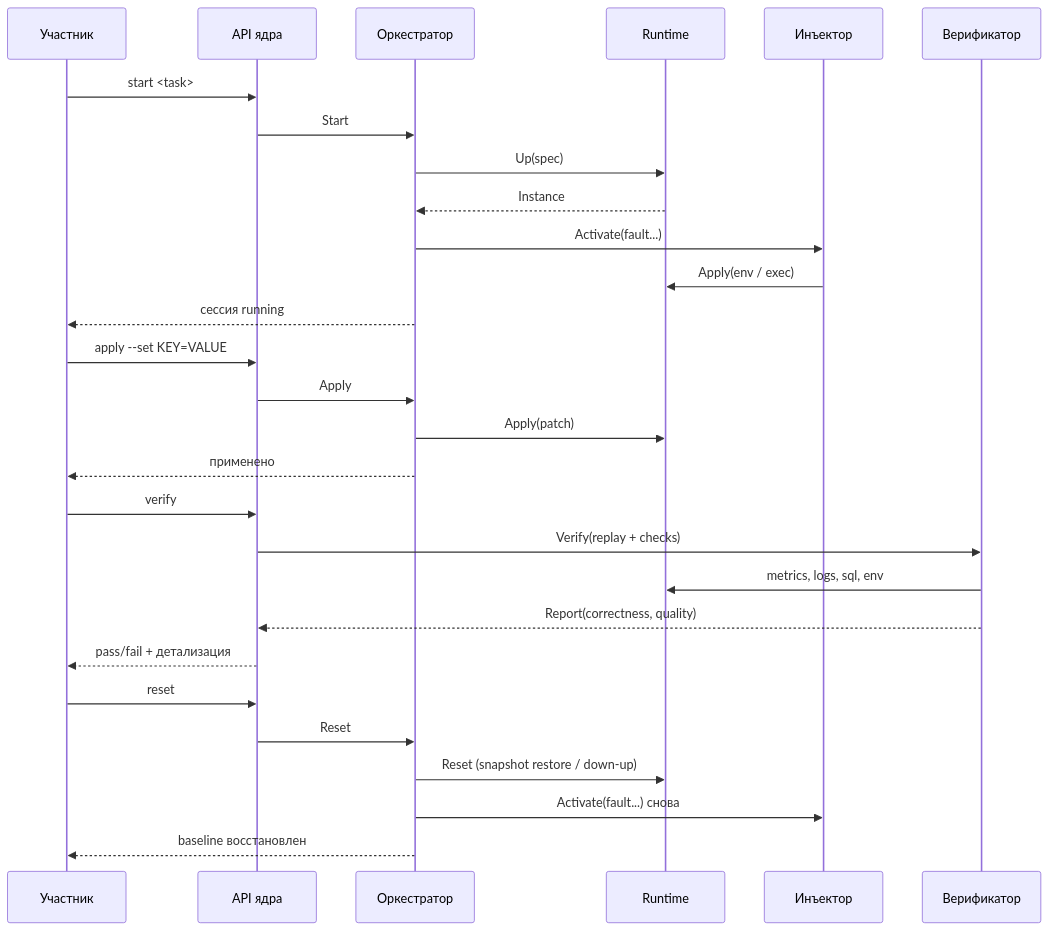
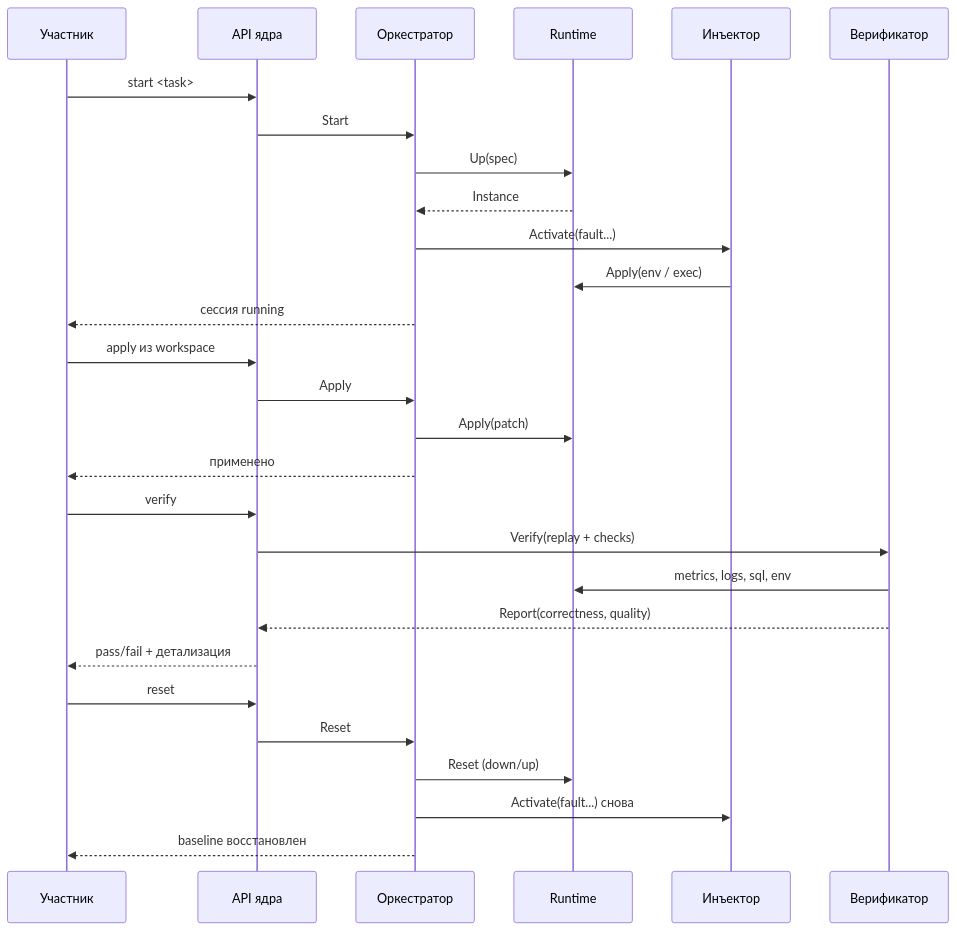
Before and after one commit to pluplohapy/IncidentSim: the second of 3 diagrams in docs/architecture.md, drawn with Mermaid. The commit also changed other lines of this file and 51 other files, not shown here.

````diff
--- a/docs/architecture.md
+++ b/docs/architecture.md
@@ -35,34 +32,34 @@
 ```mermaid
 sequenceDiagram
     participant U as Участник
     participant A as API ядра
     participant O as Оркестратор
     participant R as Runtime
     participant I as Инъектор
     participant V as Верификатор
 
     U->>A: start <task>
     A->>O: Start
     O->>R: Up(spec)
     R-->>O: Instance
     O->>I: Activate(fault...)
     I->>R: Apply(env / exec)
     O-->>U: сессия running
 
-    U->>A: apply --set KEY=VALUE
+    U->>A: apply из workspace
     A->>O: Apply
     O->>R: Apply(patch)
     O-->>U: применено
 
     U->>A: verify
     A->>V: Verify(replay + checks)
     V->>R: metrics, logs, sql, env
     V-->>A: Report(correctness, quality)
     A-->>U: pass/fail + детализация
 
     U->>A: reset
     A->>O: Reset
-    O->>R: Reset (snapshot restore / down-up)
+    O->>R: Reset (down/up)
     O->>I: Activate(fault...) снова
     O-->>U: baseline восстановлен
 ```
````
